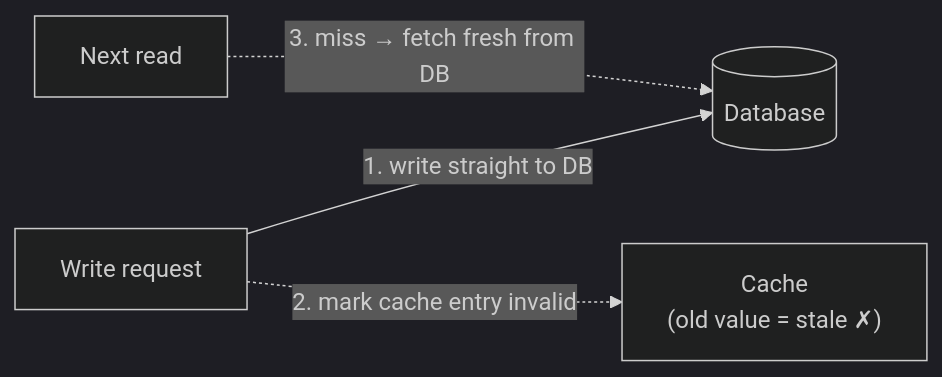
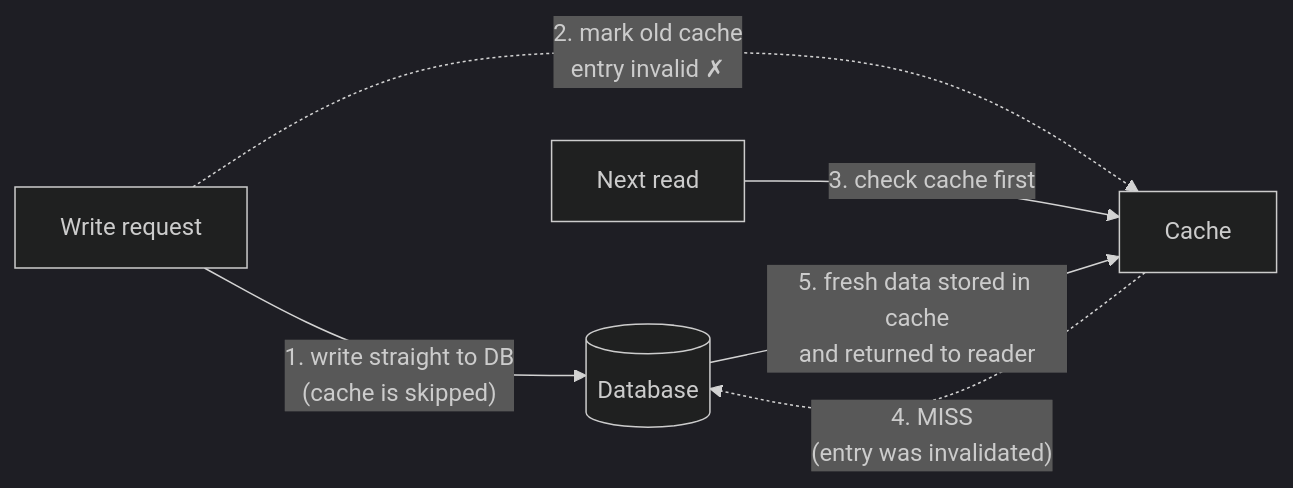
Before and after one commit to abinash-thakur/HLD_handbook: the fourth of 6 diagrams in content/concepts/caching.mdx, drawn with Mermaid (dark theme).

Commit message:
fix the cache

````diff
--- a/content/concepts/caching.mdx
+++ b/content/concepts/caching.mdx
@@ -108,6 +108,8 @@
 ```mermaid
 graph LR
-  W["Write request"] -->|"1. write straight to DB"| DB[("Database")]
-  W -.->|"2. mark cache entry invalid"| C["Cache<br/>(old value = stale ✗)"]
-  R["Next read"] -.->|"3. miss → fetch fresh from DB"| DB
+  W["Write request"] -->|"1. write straight to DB<br/>(cache is skipped)"| DB[("Database")]
+  W -.->|"2. mark old cache<br/>entry invalid ✗"| C["Cache"]
+  R["Next read"] -->|"3. check cache first"| C
+  C -.->|"4. MISS<br/>(entry was invalidated)"| DB
+  DB -->|"5. fresh data stored in cache<br/>and returned to reader"| C
 ```
````
